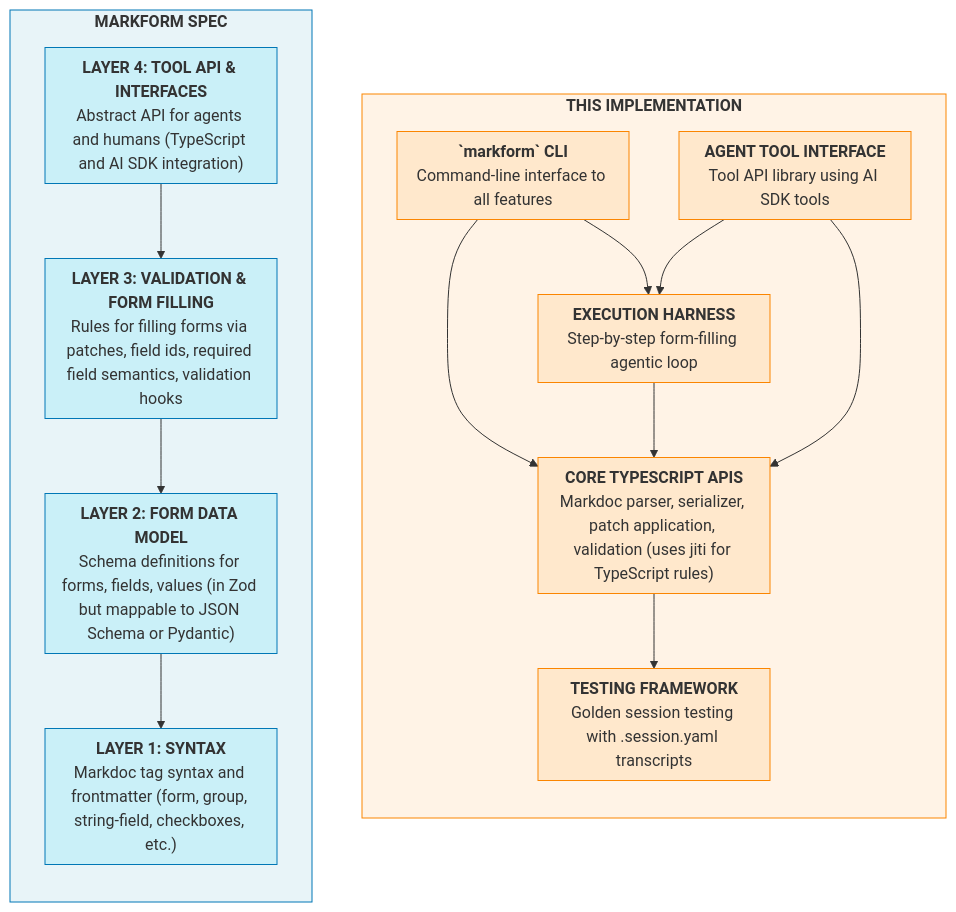
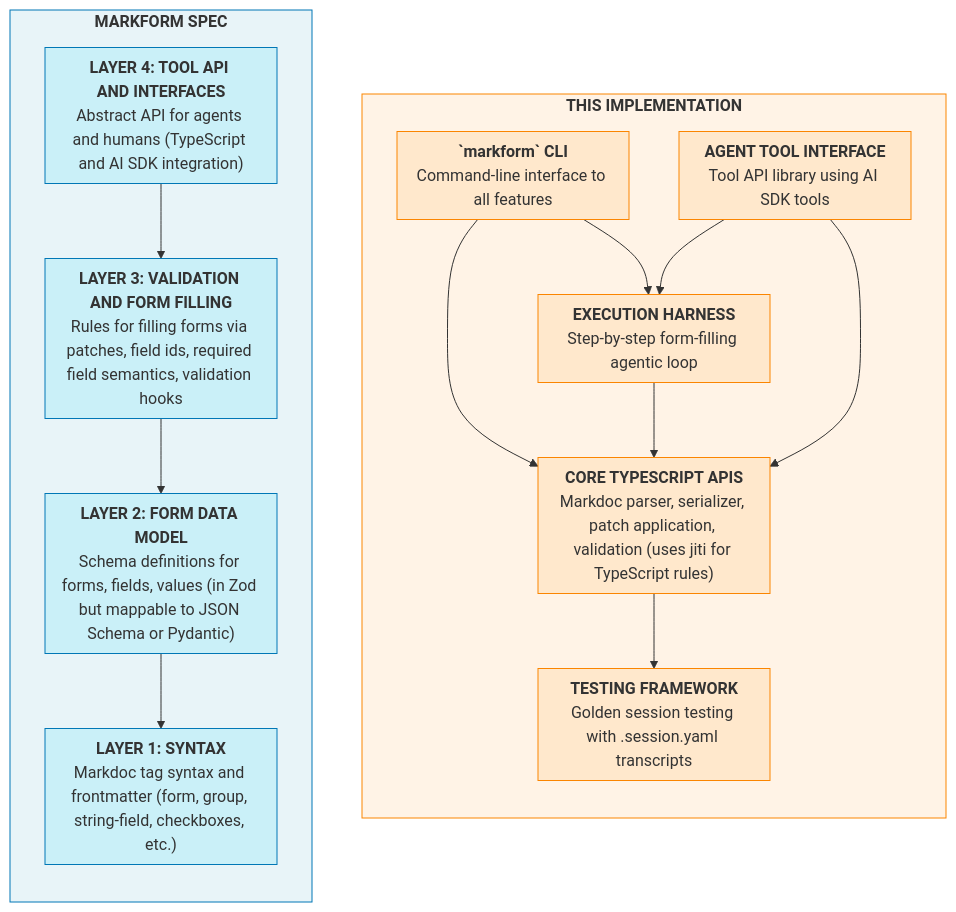
One commit to jlevy/markform changed the diagram in README.md. Above: the diagram before and after it, drawn with Mermaid.

Commit message:
Update layer titles for consistency in README

````diff
--- a/README.md
+++ b/README.md
@@ -362,60 +362,60 @@
 ```mermaid
 flowchart LR
     subgraph SPEC["<b>MARKFORM SPEC</b>"]
         direction TB
 
         subgraph L1["<b>LAYER 1: SYNTAX</b><br/>Markdoc tag syntax and frontmatter (form, group, string-field, checkboxes, etc.)"]
         end
 
         subgraph L2["<b>LAYER 2: FORM DATA MODEL</b><br/>Schema definitions for forms, fields, values (in Zod but mappable to JSON Schema or Pydantic)"]
         end
 
-        subgraph L3["<b>LAYER 3: VALIDATION & FORM FILLING</b><br/>Rules for filling forms via patches, field ids, required field semantics, validation hooks"]
+        subgraph L3["<b>LAYER 3: VALIDATION <br/>AND FORM FILLING</b><br/>Rules for filling forms via patches, field ids, required field semantics, validation hooks"]
         end
 
-        subgraph L4["<b>LAYER 4: TOOL API & INTERFACES</b><br/>Abstract API for agents and humans (TypeScript and AI SDK integration)"]
+        subgraph L4["<b>LAYER 4: TOOL API <br/>AND INTERFACES</b><br/>Abstract API for agents and humans (TypeScript and AI SDK integration)"]
         end
 
         L4 --> L3 --> L2 --> L1
     end
 
     subgraph IMPL["<b>THIS IMPLEMENTATION</b>"]
         direction TB
 
         subgraph CLI["<b>`markform` CLI</b><br/>Command-line interface to all features"]
         end
 
         subgraph AGENT["<b>AGENT TOOL INTERFACE</b><br/>Tool API library using AI SDK tools"]
         end
 
         subgraph HARNESS["<b>EXECUTION HARNESS</b><br/>Step-by-step form-filling agentic loop"]
         end
 
         subgraph ENGINE["<b>CORE TYPESCRIPT APIS</b><br/>Markdoc parser, serializer, patch application, validation (uses jiti for TypeScript rules)"]
         end
 
         subgraph TEST["<b>TESTING FRAMEWORK</b><br/>Golden session testing with .session.yaml transcripts"]
         end
 
         CLI --> ENGINE
         CLI --> HARNESS
         AGENT --> HARNESS
         AGENT --> ENGINE
         HARNESS --> ENGINE
         ENGINE --> TEST
     end
 
     SPEC ~~~ IMPL
 
     style SPEC fill:#e8f4f8,stroke:#0077b6
     style L1 fill:#caf0f8,stroke:#0077b6
     style L2 fill:#caf0f8,stroke:#0077b6
     style L3 fill:#caf0f8,stroke:#0077b6
     style L4 fill:#caf0f8,stroke:#0077b6
     style IMPL fill:#fff3e6,stroke:#fb8500
     style ENGINE fill:#ffe8cc,stroke:#fb8500
     style CLI fill:#ffe8cc,stroke:#fb8500
     style AGENT fill:#ffe8cc,stroke:#fb8500
     style HARNESS fill:#ffe8cc,stroke:#fb8500
     style TEST fill:#ffe8cc,stroke:#fb8500
 ```
````
